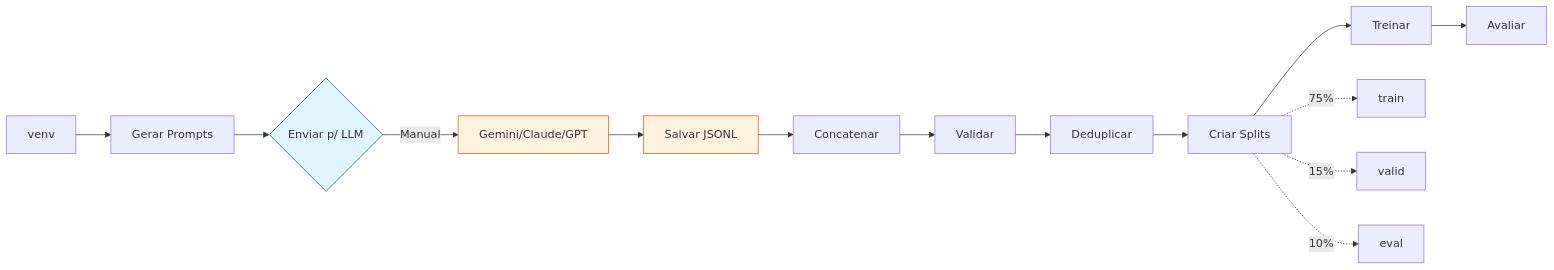
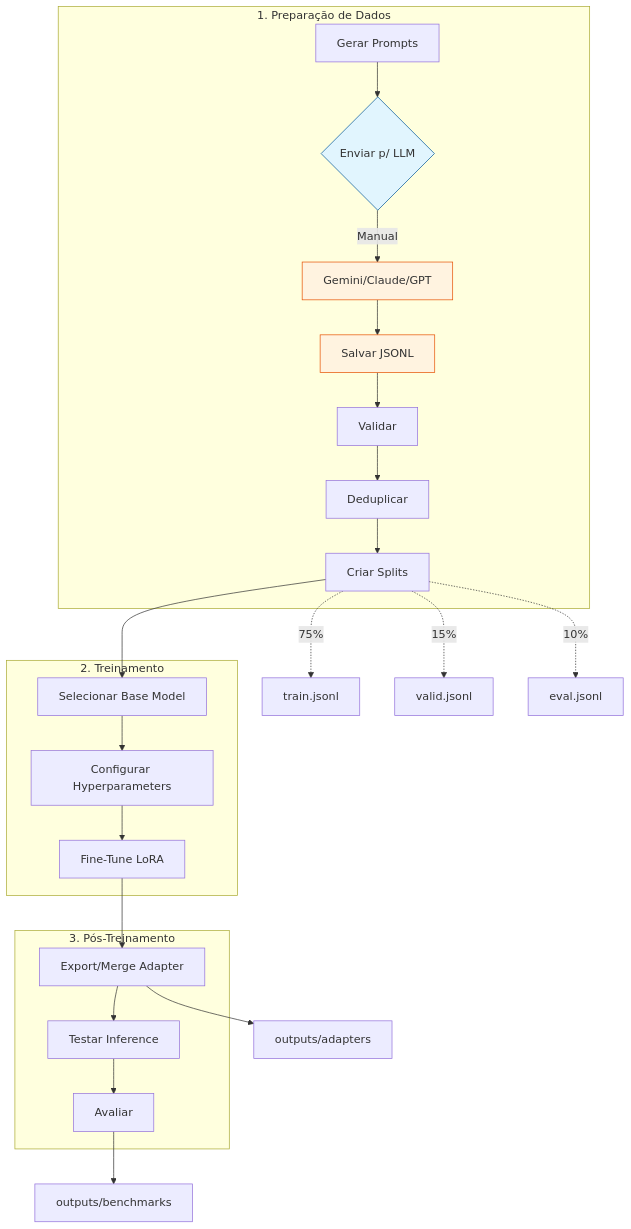
Before and after one commit to otavio-lemos/olia-2-oci: the diagram in README.md, drawn with Mermaid. The commit also changed other lines of this file and 1 other file, not shown here.

Commit message:
docs: update pipeline to follow industry best practices

````diff
--- a/README.md
+++ b/README.md
@@ -147,21 +162,34 @@
 ```mermaid
-flowchart LR
-    A[venv] --> B[Gerar Prompts]
-    B --> C{Enviar p/ LLM}
-    C -->|Manual| D[Gemini/Claude/GPT]
-    D --> E[Salvar JSONL]
-    E --> F[Concatenar]
-    F --> G[Validar]
-    G --> H[Deduplicar]
-    H --> I[Criar Splits]
-    I --> J[Treinar]
-    J --> K[Avaliar]
+flowchart TB
+    subgraph DataPrep["1. Preparação de Dados"]
+        DP1[Gerar Prompts] --> DP2{Enviar p/ LLM}
+        DP2 -->|Manual| DP3[Gemini/Claude/GPT]
+        DP3 --> DP4[Salvar JSONL]
+        DP4 --> DP5[Validar]
+        DP5 --> DP6[Deduplicar]
+        DP6 --> DP7[Criar Splits]
+    end
     
-    I -.->|75%| L[train]
-    I -.->|15%| M[valid]
-    I -.->|10%| N[eval]
+    subgraph Training["2. Treinamento"]
+        DP7 --> T1[Selecionar Base Model]
+        T1 --> T2[Configurar Hyperparameters]
+        T2 --> T3[Fine-Tune LoRA]
+    end
     
-    style C fill:#e1f5fe,stroke:#01579b
-    style D fill:#fff3e0,stroke:#e65100
-    style E fill:#fff3e0,stroke:#e65100
+    subgraph PostProcess["3. Pós-Treinamento"]
+        T3 --> P1[Export/Merge Adapter]
+        P1 --> P2[Testar Inference]
+        P2 --> P3[Avaliar]
+    end
+    
+    DP7 -.->|75%| Train[train.jsonl]
+    DP7 -.->|15%| Valid[valid.jsonl]
+    DP7 -.->|10%| Eval[eval.jsonl]
+    
+    P1 --> outputs/adapters
+    P3 --> outputs/benchmarks
+    
+    style DP2 fill:#e1f5fe,stroke:#01579b
+    style DP3 fill:#fff3e0,stroke:#e65100
+    style DP4 fill:#fff3e0,stroke:#e65100
 ```
````
